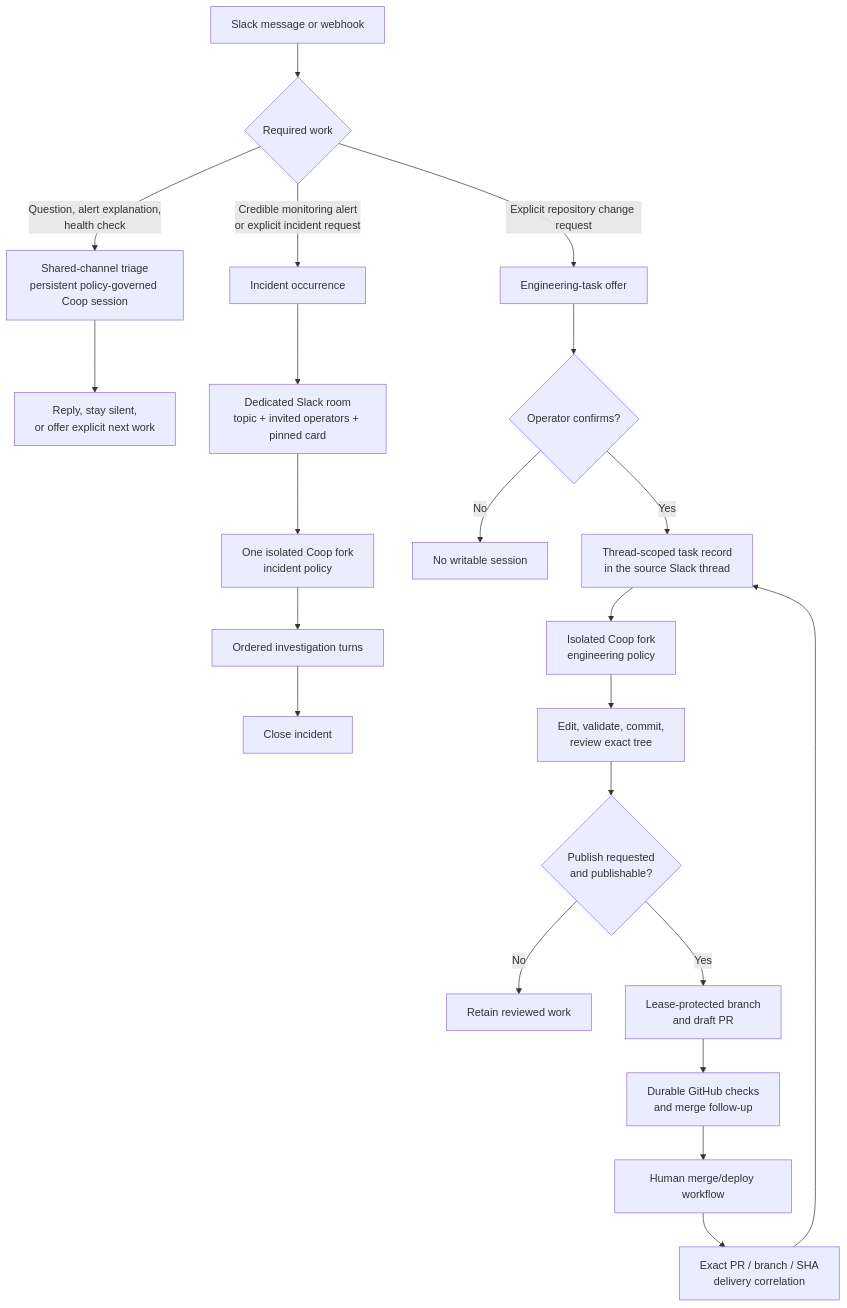
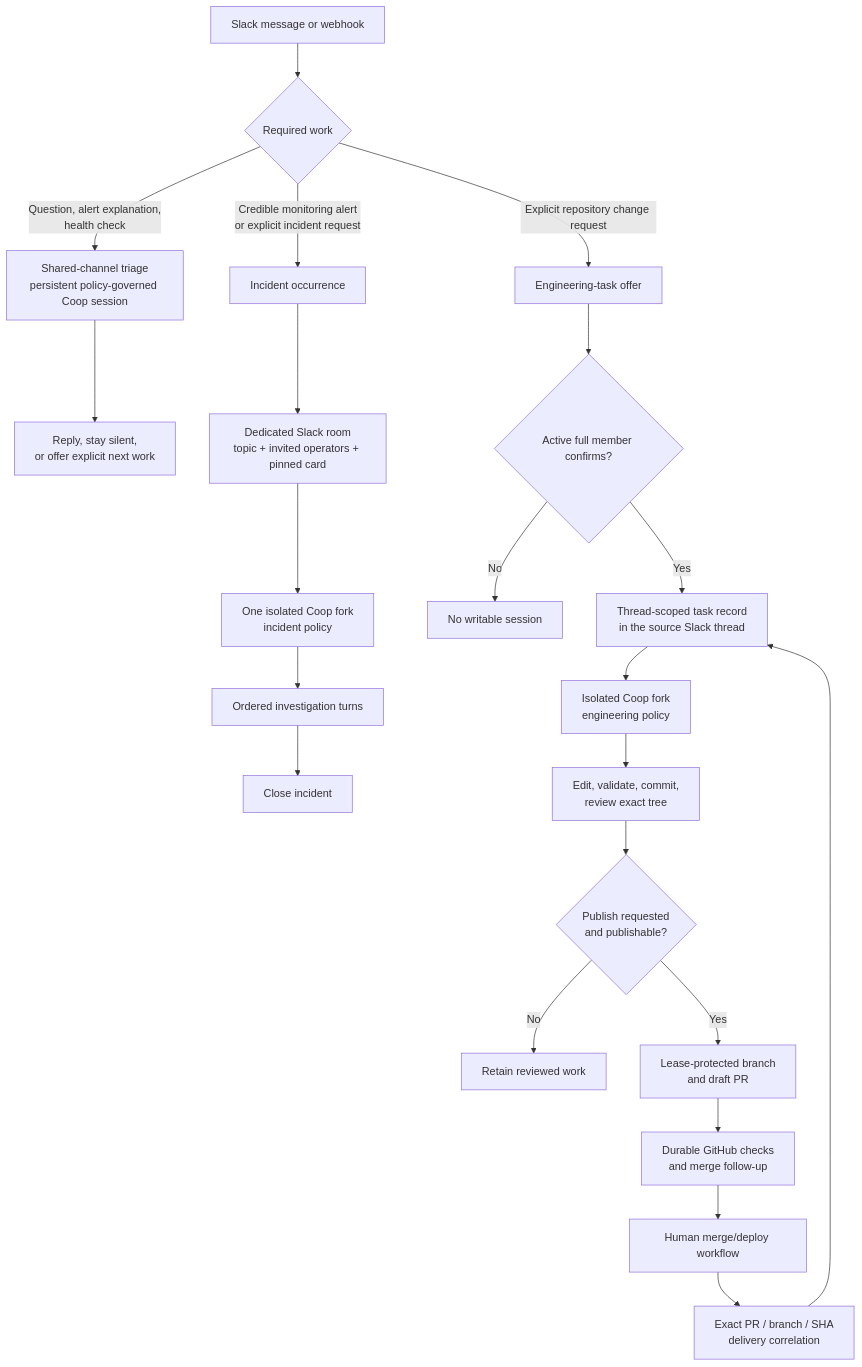
One commit to AndrewDryga/ryker changed the eighth of 11 diagrams in docs/how-responder-works.md. Above: the diagram before and after it, drawn with Mermaid. The commit also changed other lines of this file and 35 other files, not shown here.

````diff
--- a/docs/how-responder-works.md
+++ b/docs/how-responder-works.md
@@ -503,27 +504,27 @@
 ```mermaid
 flowchart TD
   Source["Slack message or webhook"] --> Mode{"Required work"}
 
   Mode -- "Question, alert explanation,<br/>health check" --> Shared["Shared-channel triage<br/>persistent policy-governed Coop session"]
   Shared --> SharedResult["Reply, stay silent,<br/>or offer explicit next work"]
 
   Mode -- "Credible monitoring alert<br/>or explicit incident request" --> Incident["Incident occurrence"]
   Incident --> Room["Dedicated Slack room<br/>topic + invited operators + pinned card"]
   Room --> IncidentSession["One isolated Coop fork<br/>incident policy"]
   IncidentSession --> Investigate["Ordered investigation turns"]
   Investigate --> CloseIncident["Close incident"]
 
   Mode -- "Explicit repository change request" --> TaskOffer["Engineering-task offer"]
-  TaskOffer --> Confirm{"Operator confirms?"}
+  TaskOffer --> Confirm{"Active full member confirms?"}
   Confirm -- No --> NoTask["No writable session"]
   Confirm -- Yes --> ThreadTask["Thread-scoped task record<br/>in the source Slack thread"]
   ThreadTask --> TaskSession["Isolated Coop fork<br/>engineering policy"]
   TaskSession --> Changes["Edit, validate, commit,<br/>review exact tree"]
   Changes --> Publish{"Publish requested<br/>and publishable?"}
   Publish -- No --> Retain["Retain reviewed work"]
   Publish -- Yes --> DraftPR["Lease-protected branch<br/>and draft PR"]
   DraftPR --> Followup["Durable GitHub checks<br/>and merge follow-up"]
   Followup --> External["Human merge/deploy workflow"]
   External --> Correlate["Exact PR / branch / SHA<br/>delivery correlation"]
   Correlate --> ThreadTask
 ```
````
